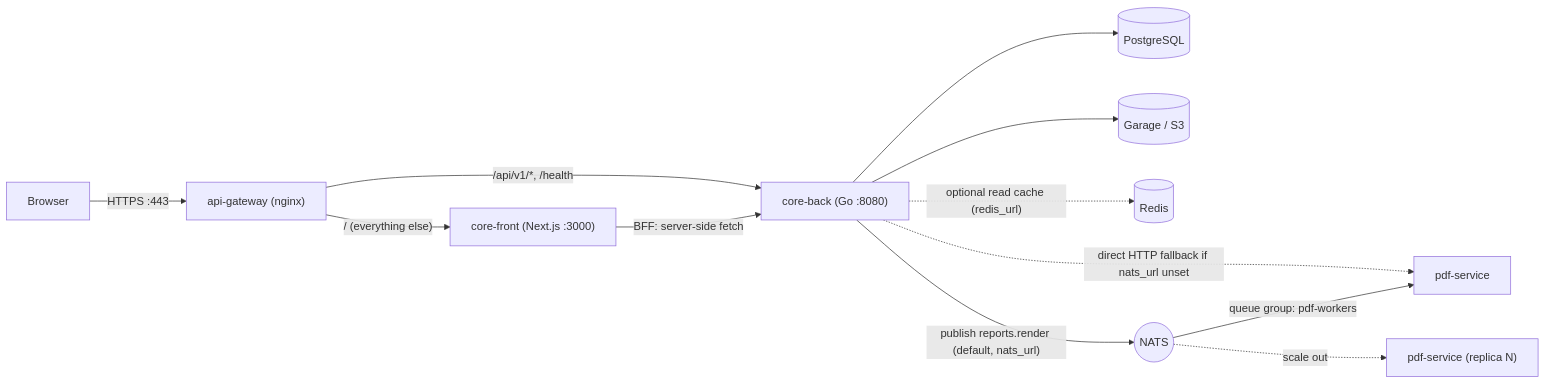
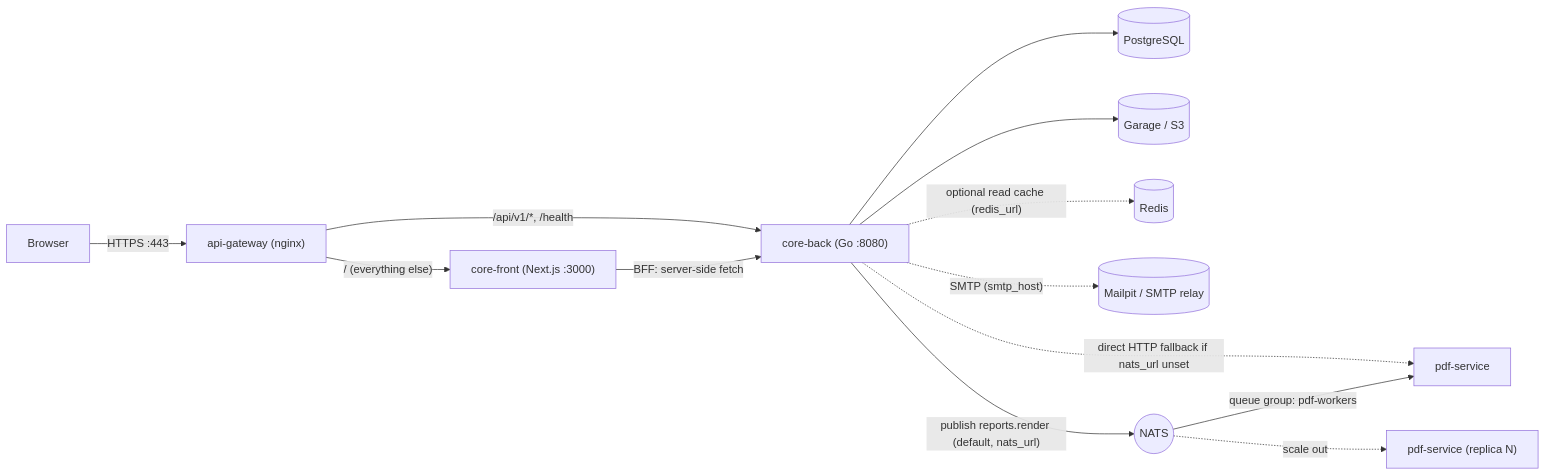
The diagram in CLAUDE.md (noiia/EERP), drawn with Mermaid before and after one commit. The commit also changed other lines of this file and 5 other files, not shown here.

Commit message:
chore(mail): Mailpit in dev compose, smtp_* config templates, docs

````diff
--- a/CLAUDE.md
+++ b/CLAUDE.md
@@ -202,14 +203,15 @@
 ```mermaid
 flowchart LR
     Browser -->|"HTTPS :443"| Gateway["api-gateway (nginx)"]
     Gateway -->|"/ (everything else)"| Front["core-front (Next.js :3000)"]
     Gateway -->|"/api/v1/*, /health"| Back["core-back (Go :8080)"]
     Front -->|"BFF: server-side fetch"| Back
     Back --> DB[("PostgreSQL")]
     Back --> Garage[("Garage / S3")]
     Back -.->|"optional read cache (redis_url)"| Redis[("Redis")]
+    Back -.->|"SMTP (smtp_host)"| Mail[("Mailpit / SMTP relay")]
     Back -->|"publish reports.render (default, nats_url)"| NATS(("NATS"))
     Back -.->|"direct HTTP fallback if nats_url unset"| PDF1
     NATS -->|"queue group: pdf-workers"| PDF1["pdf-service"]
     NATS -.->|"scale out"| PDF2["pdf-service (replica N)"]
 ```
````
